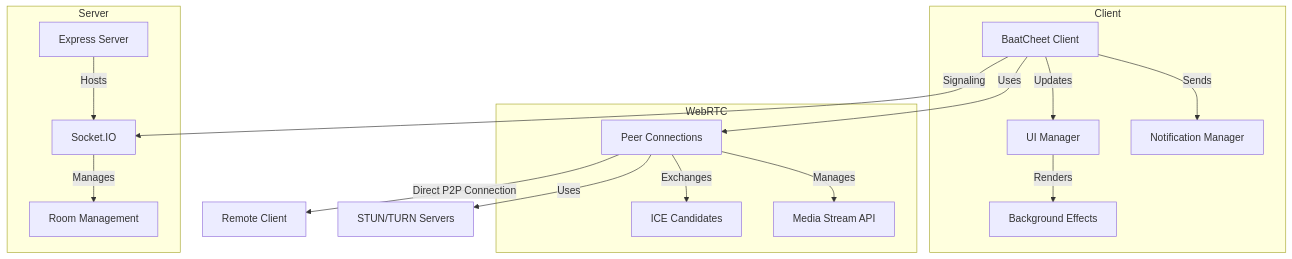
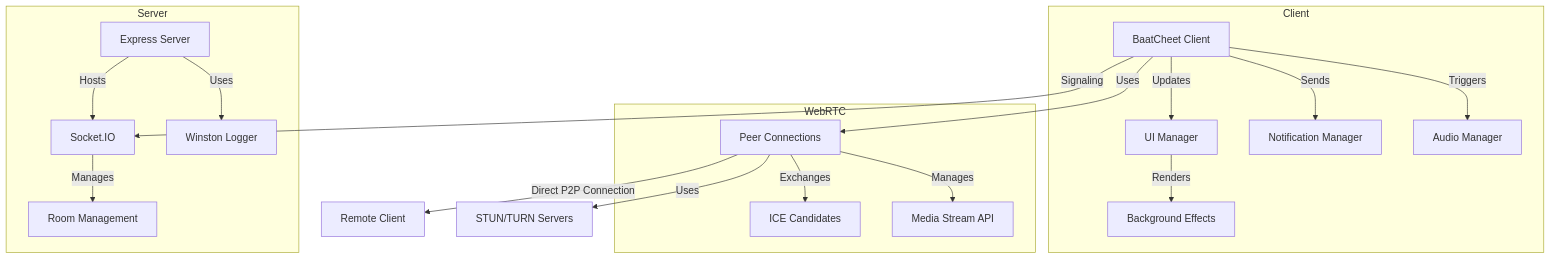
Before and after one commit to arpy8/BaatCheet: the first of 3 diagrams in README.md, drawn with Mermaid. The commit also changed other lines of this file and 16 other files, not shown here.

````diff
--- a/README.md
+++ b/README.md
@@ -36,36 +46,40 @@
 ```mermaid
 flowchart TD
     subgraph Client
         UI[UI Manager]
         ClientApp[BaatCheet Client]
         NotificationMgr[Notification Manager]
         BackgroundFX[Background Effects]
+        AudioMgr[Audio Manager]
         
         ClientApp -- Updates --> UI
         ClientApp -- Sends --> NotificationMgr
+        ClientApp -- Triggers --> AudioMgr
         UI -- Renders --> BackgroundFX
     end
     
     subgraph WebRTC
         PeerConnection[Peer Connections]
         ICE[ICE Candidates]
         MediaStream[Media Stream API]
         
         PeerConnection -- Exchanges --> ICE
         PeerConnection -- Manages --> MediaStream
     end
     
     subgraph Server
         Express[Express Server]
         SocketIO[Socket.IO]
         RoomManager[Room Management]
+        Logger[Winston Logger]
         
         Express -- Hosts --> SocketIO
         SocketIO -- Manages --> RoomManager
+        Express -- Uses --> Logger
     end
     
     ClientApp -- Signaling --> SocketIO
     PeerConnection -- Direct P2P Connection --> RemoteClient[Remote Client]
     ClientApp -- Uses --> PeerConnection
     PeerConnection -- Uses --> STUN/TURN[STUN/TURN Servers]
 ```
````
